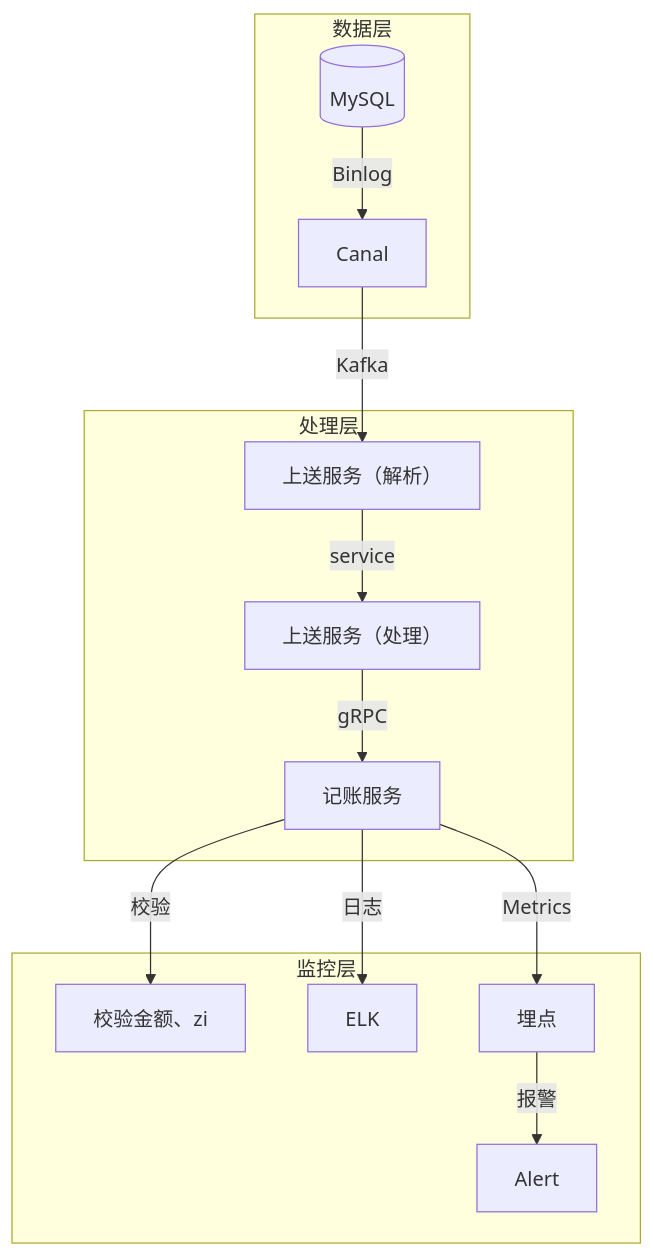
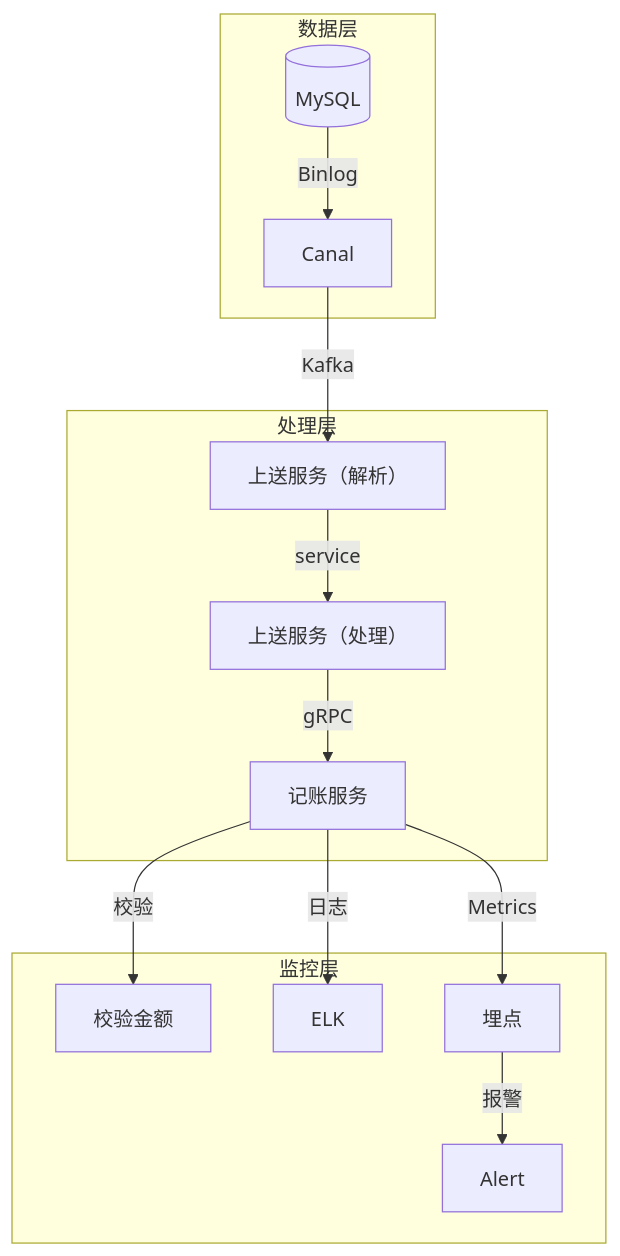
One commit to 87828943/iodraw-files changed the diagram in all/未命名.md. Above: the diagram before and after it, drawn with Mermaid.

Commit message:
2025-07-01 10:46:40 update

````diff
--- a/all/未命名.md
+++ b/all/未命名.md
@@ -1,17 +1,17 @@
 ```mermaid
 graph TB
     subgraph 数据层
         DB[(MySQL)] -->|Binlog| Canal
     end
     subgraph 处理层
         Canal -->|Kafka| Parser[上送服务（解析）]
         Parser -->|service| Engine[上送服务（处理）]
         Engine -->|gRPC| Accounting[记账服务]
     end
     subgraph 监控层
-        Accounting --> |校验|jiaoyan[校验金额、zi]
+        Accounting --> |校验|jiaoyan[校验金额]
         Accounting -->|日志| ELK
         Accounting -->|Metrics| 埋点
         埋点 -->|报警| Alert
     end
 ```
````
